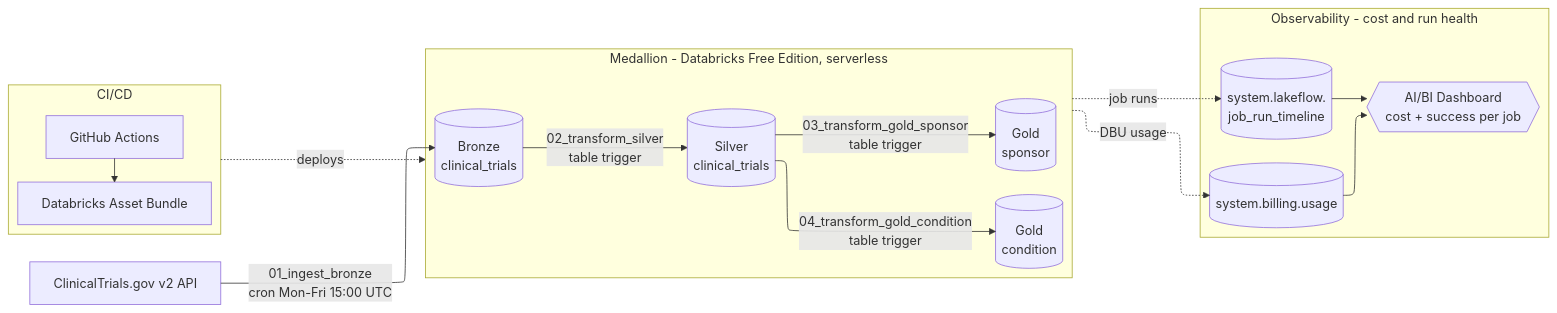
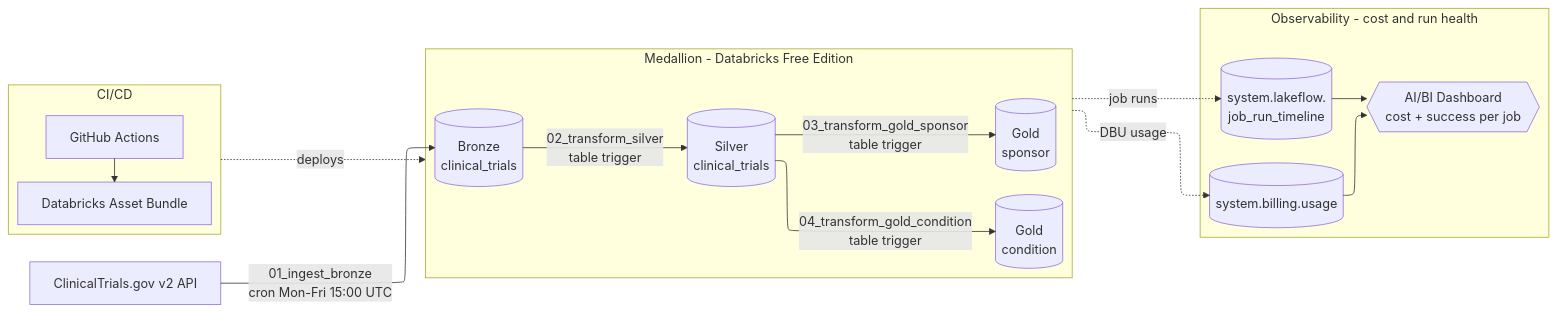
Before and after one commit to Frederik3152/data-engineering-case: the diagram in README.md, drawn with Mermaid. The commit also changed other lines of this file and 1 other file, not shown here.

Commit message:
Adding dashboard export

````diff
--- a/README.md
+++ b/README.md
@@ -5,36 +5,36 @@
 ``` mermaid
 %%{init: {"flowchart": {"defaultRenderer": "elk"}} }%%                                                                                                                                                                                                                                
   flowchart LR                                                                                                                                                                                                                                                                          
       subgraph CICD [CI/CD]
           direction TB
           GH[GitHub Actions] --> DAB[Databricks Asset Bundle]                                                                                                                                                                                                                           
       end                                                                                                                                                                                                                                                                             
 
       API[ClinicalTrials.gov v2 API]                                                                                                                                                                                                                                                    
   
-      subgraph Medallion [Medallion - Databricks Free Edition, serverless]
+      subgraph Medallion [Medallion - Databricks Free Edition]
           direction LR                                                                                                                                                                                                                                                                
           Bronze[(Bronze<br/>clinical_trials)]
           Silver[(Silver<br/>clinical_trials)]                                                                                                                                                                                                                                          
           GoldS[(Gold<br/>sponsor)]
           GoldC[(Gold<br/>condition)]                                                                                                                                                                                                                                                   
       end                                                                                                                                                                                                                                                                               
   
       subgraph Obs [Observability - cost and run health]
           direction LR                                                                                                                                                                                                                                                                
           SysRuns[(system.lakeflow.<br/>job_run_timeline)]
           SysBill[(system.billing.usage)]                                                                                                                                                                                                                                               
           Dash{{AI/BI Dashboard<br/>cost + success per job}}
       end                                                                                                                                                                                                                                                                               
                                                                                                                                                                                                                                                                                       
       API -->|01_ingest_bronze<br/>cron Mon-Fri 15:00 UTC| Bronze                                                                                                                                                                                                                       
       Bronze -->|02_transform_silver<br/>table trigger| Silver
       Silver -->|03_transform_gold_sponsor<br/>table trigger| GoldS                                                                                                                                                                                                                     
       Silver -->|04_transform_gold_condition<br/>table trigger| GoldC                                                                                                                                                                                                                   
    
       CICD -. deploys .-> Medallion                                                                                                                                                                                                            
       Medallion -. job runs .-> SysRuns                                                                                                                                                                                                                                                 
       Medallion -. DBU usage .-> SysBill                                                                                                                                                                                                                                              
       SysRuns --> Dash
       SysBill --> Dash
 ```
````
